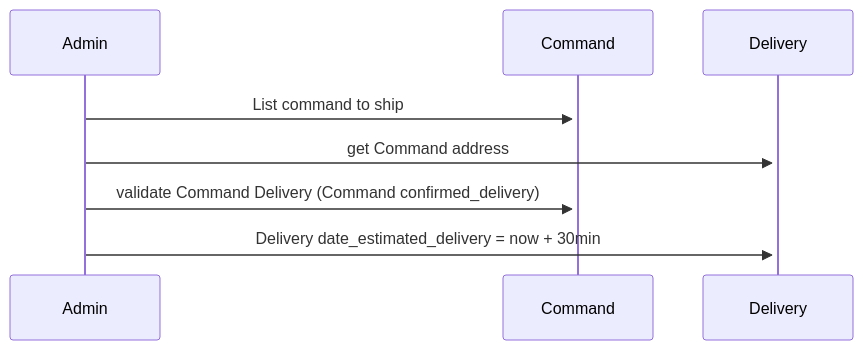
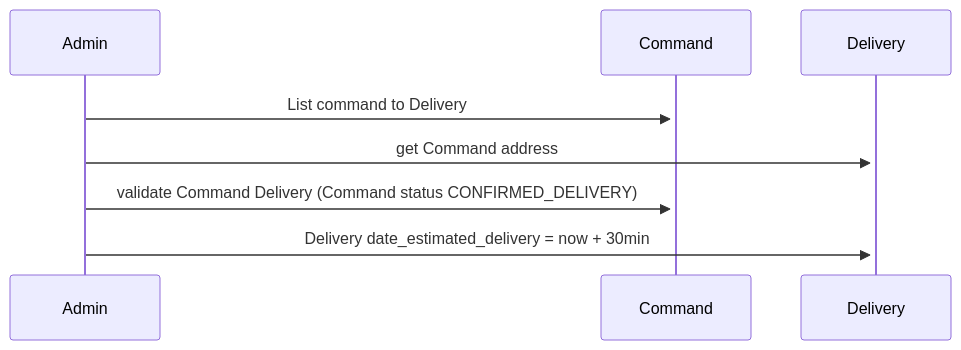
Before and after one commit to joussin/api_allopico_old: the fifth of 6 diagrams in readme.md, drawn with Mermaid. The commit also changed other lines of this file, not shown here.

````diff
--- a/readme.md
+++ b/readme.md
@@ -272,22 +268,13 @@
 ```mermaid
 sequenceDiagram
 
-  
-
-Admin->>+Command: List command to ship
-
-  
+Admin->>+Command: List command to Delivery
 
 Admin->>+Delivery: get Command address
 
-  
-
-Admin->>+Command: validate Command Delivery (Command confirmed_delivery)
-
-  
+Admin->>+Command: validate Command Delivery (Command status CONFIRMED_DELIVERY)
 
 Admin->>+Delivery: Delivery date_estimated_delivery = now + 30min
 
-  
 
 ```
````
